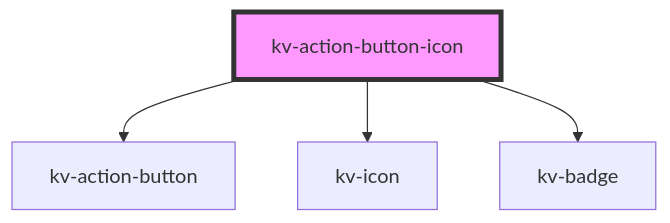
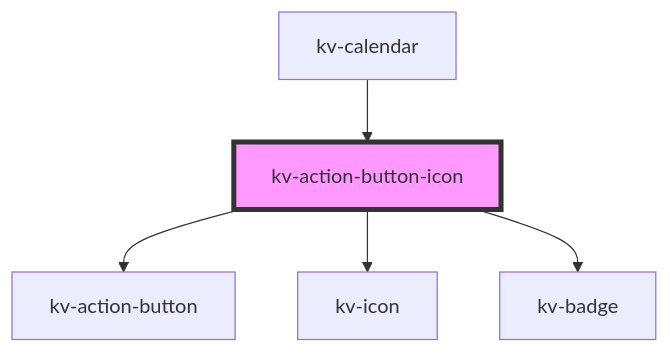
One commit to kelvininc/ui-components changed the diagram in packages/ui-components/src/components/action-button-icon/readme.md. Above: the diagram before and after it, drawn with Mermaid. The commit also changed other lines of this file and 91 other files, not shown here.

````diff
--- a/packages/ui-components/src/components/action-button-icon/readme.md
+++ b/packages/ui-components/src/components/action-button-icon/readme.md
@@ -115,7 +117,8 @@
 ```mermaid
 graph TD;
   kv-action-button-icon --> kv-action-button
   kv-action-button-icon --> kv-icon
   kv-action-button-icon --> kv-badge
+  kv-calendar --> kv-action-button-icon
   style kv-action-button-icon fill:#f9f,stroke:#333,stroke-width:4px
 ```
````
